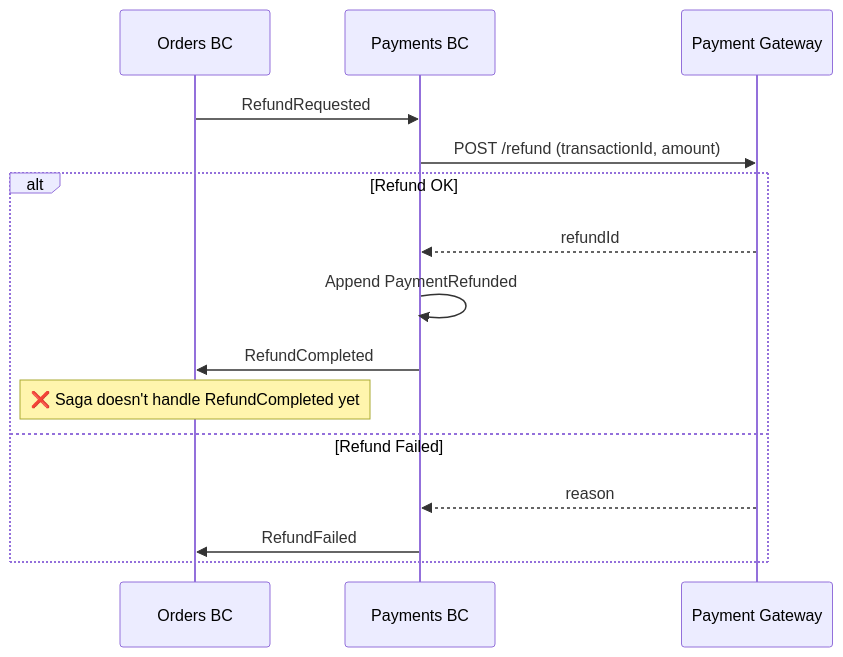
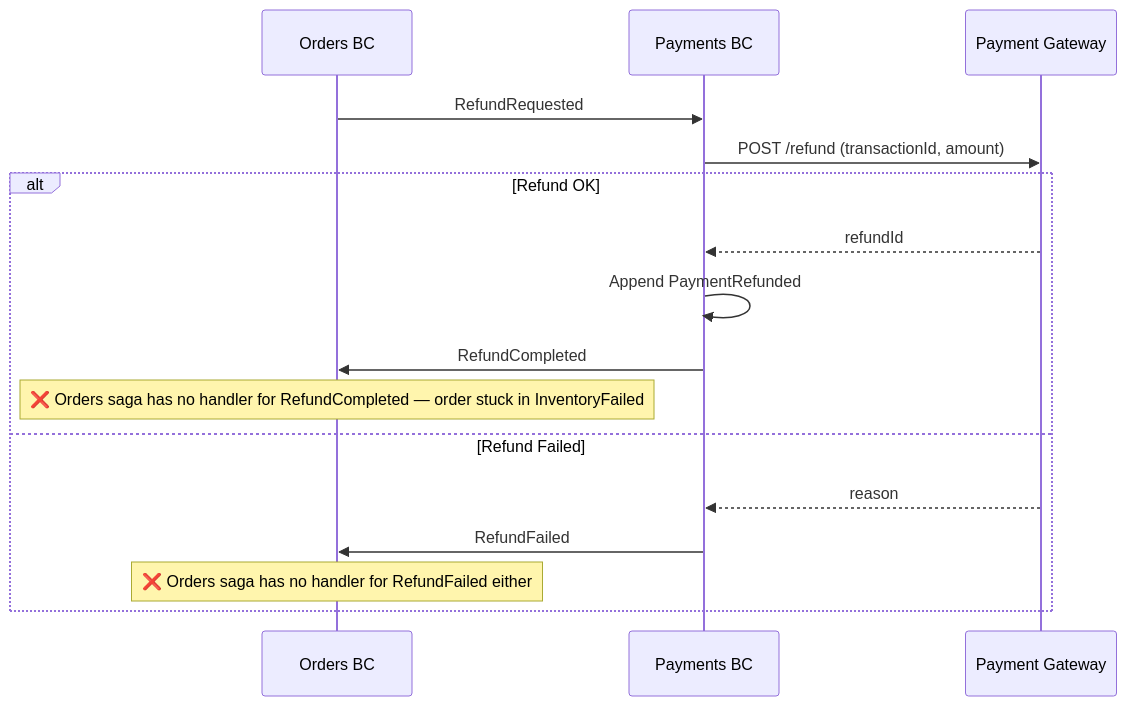
One commit to erikshafer/CritterSupply changed the third of 4 diagrams in src/Payments/Payments.Api/README.md. Above: the diagram before and after it, drawn with Mermaid. The commit also changed 4 other files, not shown here.

````diff
--- a/src/Payments/Payments.Api/README.md
+++ b/src/Payments/Payments.Api/README.md
@@ -71,18 +71,19 @@
 ```mermaid
 sequenceDiagram
     participant Orders as Orders BC
     participant Payments as Payments BC
     participant GW as Payment Gateway
 
     Orders->>Payments: RefundRequested
     Payments->>GW: POST /refund (transactionId, amount)
     alt Refund OK
         GW-->>Payments: refundId
         Payments->>Payments: Append PaymentRefunded
         Payments->>Orders: RefundCompleted
-        Note over Orders: ❌ Saga doesn't handle RefundCompleted yet
+        Note over Orders: ❌ Orders saga has no handler for RefundCompleted — order stuck in InventoryFailed
     else Refund Failed
         GW-->>Payments: reason
         Payments->>Orders: RefundFailed
+        Note over Orders: ❌ Orders saga has no handler for RefundFailed either
     end
 ```
````
